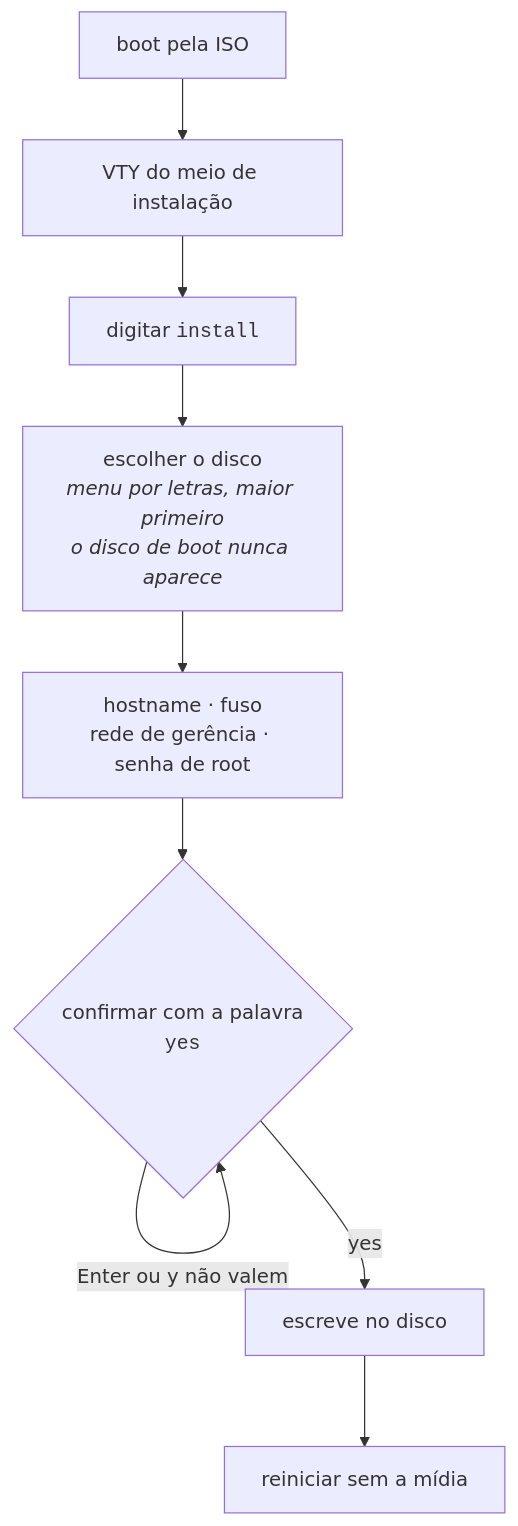
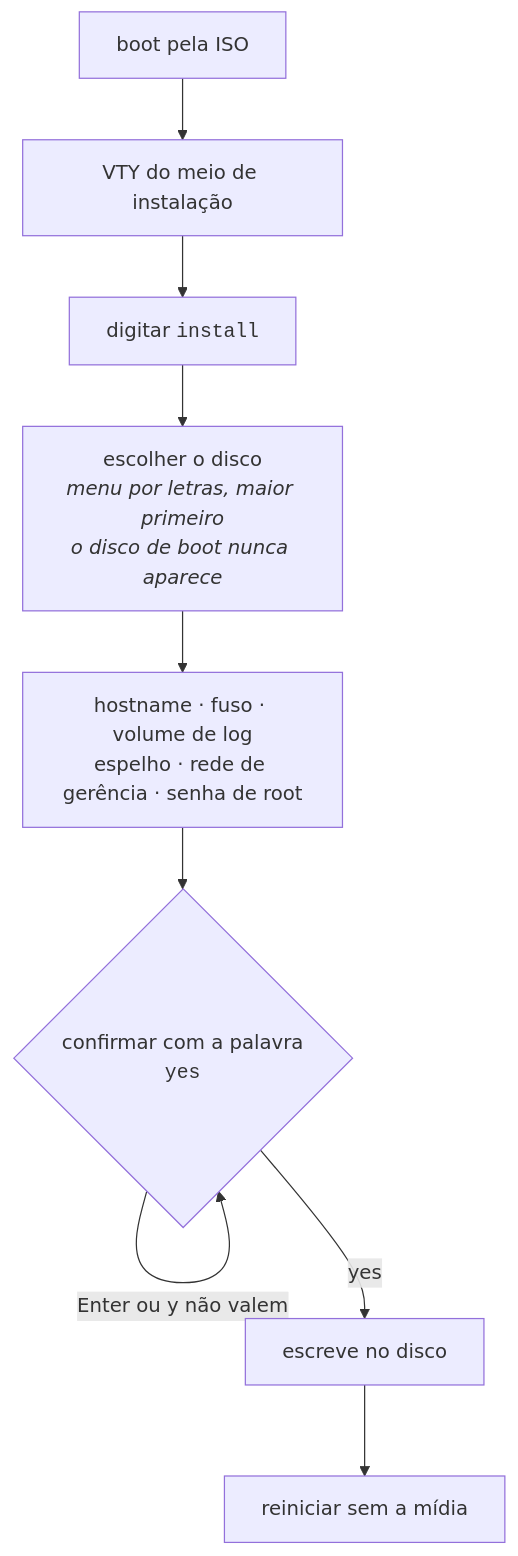
The diagram in wiki/comecar-aqui/instalacao-da-appliance.md (andrediashexa/prismarouting), drawn with Mermaid before and after one commit. The commit also changed other lines of this file and 33 other files, not shown here.

````diff
--- a/wiki/comecar-aqui/instalacao-da-appliance.md
+++ b/wiki/comecar-aqui/instalacao-da-appliance.md
@@ -7,11 +14,11 @@
 ```mermaid
 flowchart TD
     A["boot pela ISO"] --> B["VTY do meio de instalação"]
     B --> C["digitar <code>install</code>"]
     C --> D["escolher o disco<br/><i>menu por letras, maior primeiro<br/>o disco de boot nunca aparece</i>"]
-    D --> E["hostname · fuso<br/>rede de gerência · senha de root"]
+    D --> E["hostname · fuso · volume de log<br/>espelho · rede de gerência · senha de root"]
     E --> F{"confirmar com a palavra<br/><code>yes</code>"}
     F -->|"Enter ou y não valem"| F
     F -->|yes| G["escreve no disco"]
     G --> H["reiniciar sem a mídia"]
 ```
````
